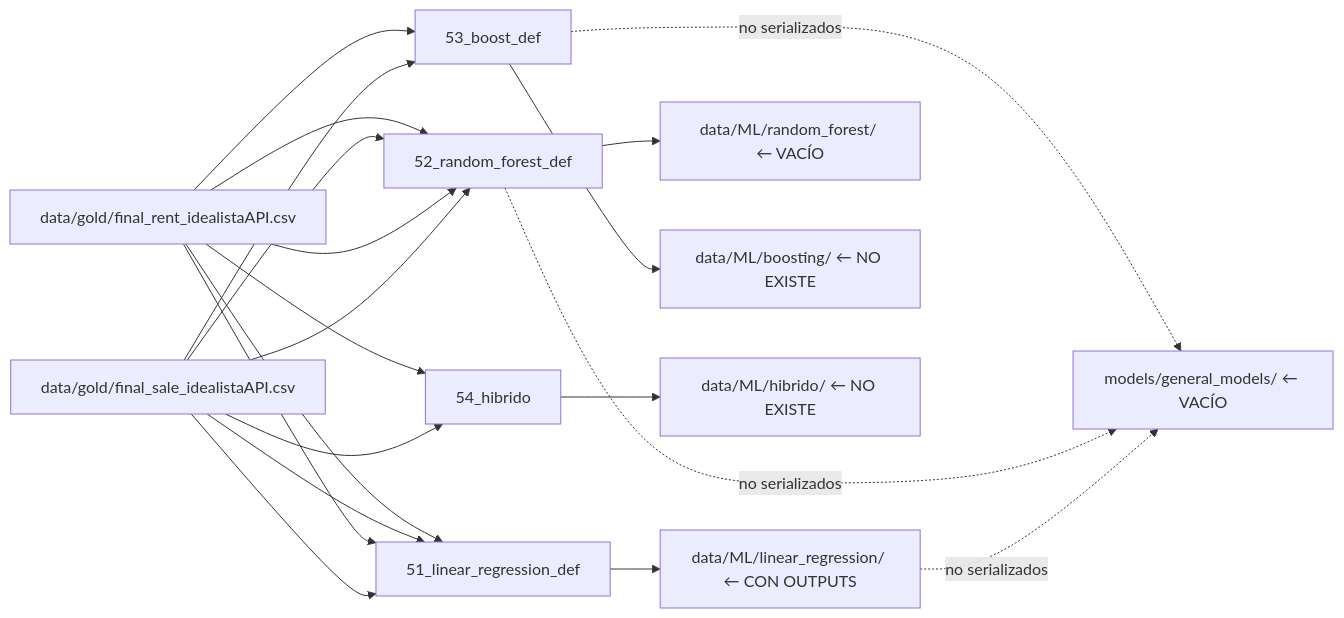
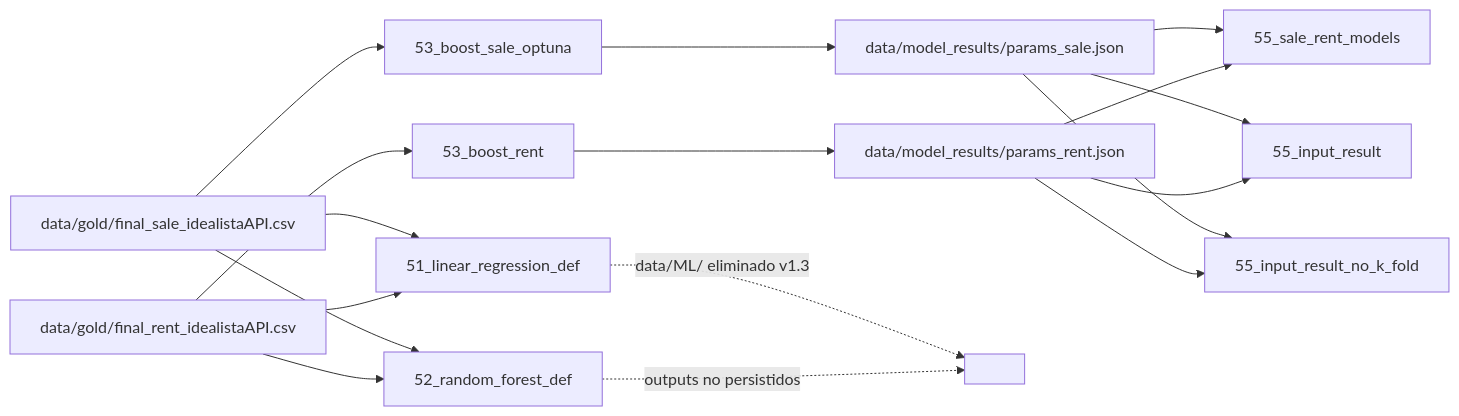
One commit to sitomachu/bezanillasl changed the third of 4 diagrams in docs/estructura_completa_repositorio.md. Above: the diagram before and after it, drawn with Mermaid. The commit also changed other lines of this file, not shown here.

````diff
--- a/docs/estructura_completa_repositorio.md
+++ b/docs/estructura_completa_repositorio.md
@@ -838,25 +826,23 @@
 ```mermaid
 graph LR
-    G1[data/gold/final_sale.csv] --> NB51[51_linear_regression_def]
-    G2[data/gold/final_rent.csv] --> NB51
+    G1[data/gold/final_sale_idealistaAPI.csv] --> NB53S[53_boost_sale_optuna]
+    G2[data/gold/final_rent_idealistaAPI.csv] --> NB53R[53_boost_rent]
+
+    NB53S --> J1[data/model_results/params_sale.json]
+    NB53R --> J2[data/model_results/params_rent.json]
+
+    J1 --> NB55A[55_sale_rent_models]
+    J2 --> NB55A
+    J1 --> NB55B[55_input_result]
+    J2 --> NB55B
+    J1 --> NB55C[55_input_result_no_k_fold]
+    J2 --> NB55C
+
+    G1 --> NB51[51_linear_regression_def]
+    G2 --> NB51
     G1 --> NB52[52_random_forest_def]
     G2 --> NB52
-    G1 --> NB53[53_boost_def]
-    G2 --> NB53
-    G1 --> NB54[54_hibrido]
-    G2 --> NB54
 
-    NB51 --> ML1[data/ML/linear_regression/ ← CON OUTPUTS]
-    NB52 --> ML2[data/ML/random_forest/ ← VACÍO]
-    NB53 --> ML3[data/ML/boosting/ ← NO EXISTE]
-    NB54 --> ML4[data/ML/hibrido/ ← NO EXISTE]
-
-    G1[data/gold/final_sale_idealistaAPI.csv] --> NB51
-    G2[data/gold/final_rent_idealistaAPI.csv] --> NB51
-    G1 --> NB52
-    G2 --> NB52
-
-    ML1 -.->|no serializados| M1[models/general_models/ ← VACÍO]
-    NB52 -.->|no serializados| M1
-    NB53 -.->|no serializados| M1
+    NB51 -.->|data/ML/ eliminado v1.3| X1[ ]
+    NB52 -.->|outputs no persistidos| X1
 ```
````
